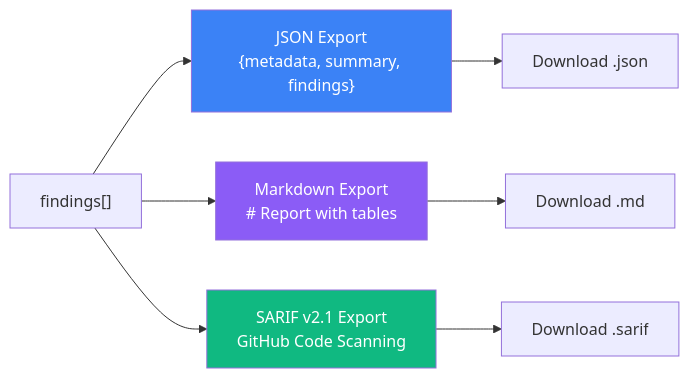
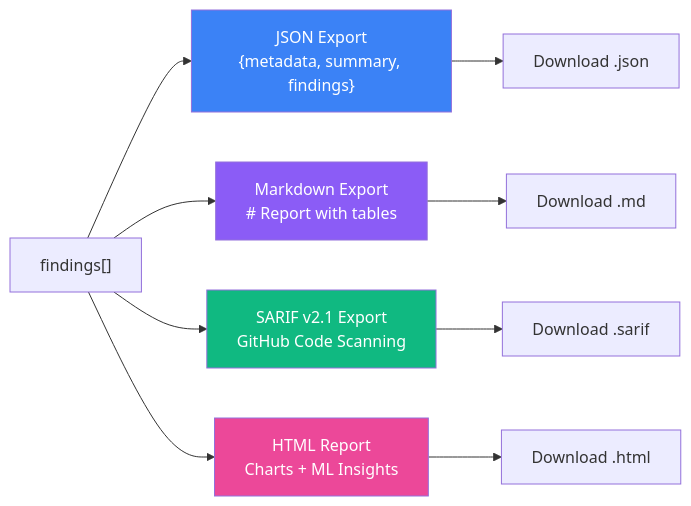
Before and after one commit to jj-shen99/valid_ai: diagram 11 of 11 in docs/ARCHITECTURE.md, drawn with Mermaid. The commit also changed other lines of this file and 3 other files, not shown here.

Commit message:
Update all docs: README, CHANGELOG, ARCHITECTURE, USER_GUIDE for Phase 3 (9 modules, no Info in scores, rewritten modules, HTML export)

````diff
--- a/docs/ARCHITECTURE.md
+++ b/docs/ARCHITECTURE.md
@@ -573,16 +570,19 @@
 ```mermaid
 graph LR
     Findings["findings[]"]
     
     Findings --> JSON["JSON Export<br/>{metadata, summary, findings}"]
     Findings --> MD["Markdown Export<br/># Report with tables"]
     Findings --> SARIF["SARIF v2.1 Export<br/>GitHub Code Scanning"]
+    Findings --> HTML["HTML Report<br/>Charts + ML Insights"]
 
     JSON --> DL1["Download .json"]
     MD --> DL2["Download .md"]
     SARIF --> DL3["Download .sarif"]
+    HTML --> DL4["Download .html"]
 
     style JSON fill:#3b82f6,color:#fff
     style MD fill:#8b5cf6,color:#fff
     style SARIF fill:#10b981,color:#fff
+    style HTML fill:#ec4899,color:#fff
 ```
````
